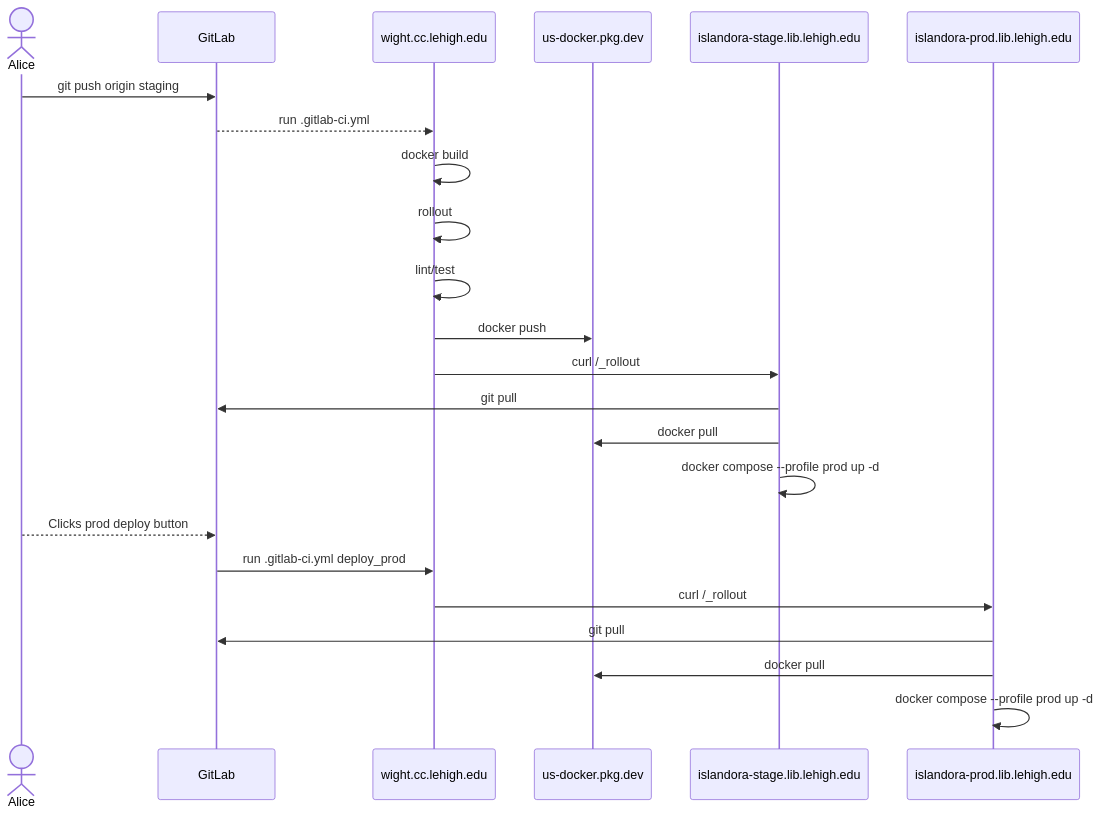
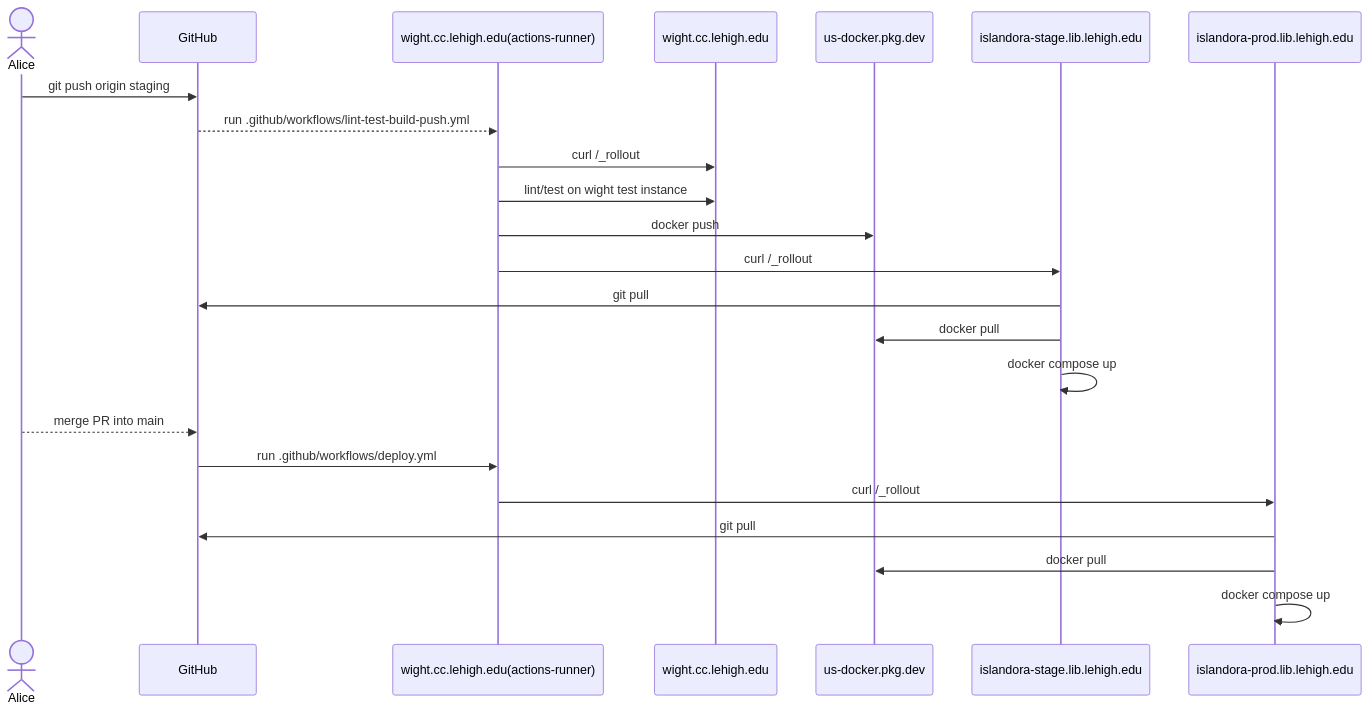
One commit to lehigh-university-libraries/isle-preserve changed the second of 2 diagrams in README.md. Above: the diagram before and after it, drawn with Mermaid. The commit also changed other lines of this file, not shown here.

````diff
--- a/README.md
+++ b/README.md
@@ -197,20 +197,19 @@
 ```mermaid
 sequenceDiagram
     actor Alice
-    Alice->>GitLab: git push origin staging
-    GitLab-->>wight.cc.lehigh.edu: run .gitlab-ci.yml
-    wight.cc.lehigh.edu->>wight.cc.lehigh.edu: docker build
-    wight.cc.lehigh.edu->>wight.cc.lehigh.edu: rollout
-    wight.cc.lehigh.edu->>wight.cc.lehigh.edu: lint/test
-    wight.cc.lehigh.edu->>us-docker.pkg.dev: docker push
-    wight.cc.lehigh.edu->>islandora-stage.lib.lehigh.edu: curl /_rollout
-    islandora-stage.lib.lehigh.edu->>GitLab: git pull
+    Alice->>GitHub: git push origin staging
+    GitHub-->>wight.cc.lehigh.edu(actions-runner): run .github/workflows/lint-test-build-push.yml
+    wight.cc.lehigh.edu(actions-runner)->>wight.cc.lehigh.edu: curl /_rollout
+    wight.cc.lehigh.edu(actions-runner)->>wight.cc.lehigh.edu: lint/test on wight test instance
+    wight.cc.lehigh.edu(actions-runner)->>us-docker.pkg.dev: docker push
+    wight.cc.lehigh.edu(actions-runner)->>islandora-stage.lib.lehigh.edu: curl /_rollout
+    islandora-stage.lib.lehigh.edu->>GitHub: git pull
     islandora-stage.lib.lehigh.edu->>us-docker.pkg.dev: docker pull
-    islandora-stage.lib.lehigh.edu->>islandora-stage.lib.lehigh.edu: docker compose --profile prod up -d
-    Alice-->>GitLab: Clicks prod deploy button
-    GitLab->>wight.cc.lehigh.edu: run .gitlab-ci.yml deploy_prod
-    wight.cc.lehigh.edu->>islandora-prod.lib.lehigh.edu: curl /_rollout
-    islandora-prod.lib.lehigh.edu->>GitLab: git pull
+    islandora-stage.lib.lehigh.edu->>islandora-stage.lib.lehigh.edu: docker compose up
+    Alice-->>GitHub: merge PR into main
+    GitHub->>wight.cc.lehigh.edu(actions-runner): run .github/workflows/deploy.yml
+    wight.cc.lehigh.edu(actions-runner)->>islandora-prod.lib.lehigh.edu: curl /_rollout
+    islandora-prod.lib.lehigh.edu->>GitHub: git pull
     islandora-prod.lib.lehigh.edu->>us-docker.pkg.dev: docker pull
-    islandora-prod.lib.lehigh.edu->>islandora-prod.lib.lehigh.edu: docker compose --profile prod up -d
+    islandora-prod.lib.lehigh.edu->>islandora-prod.lib.lehigh.edu: docker compose up
 ```
````
